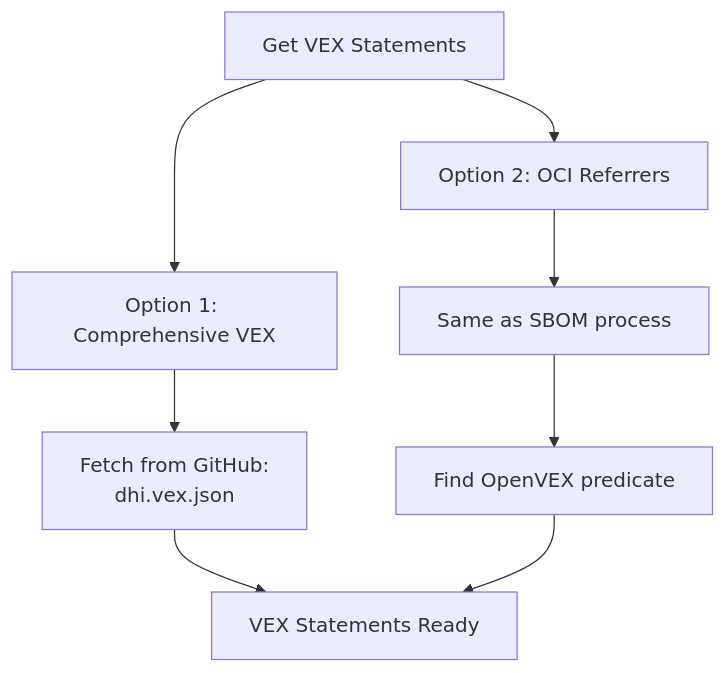
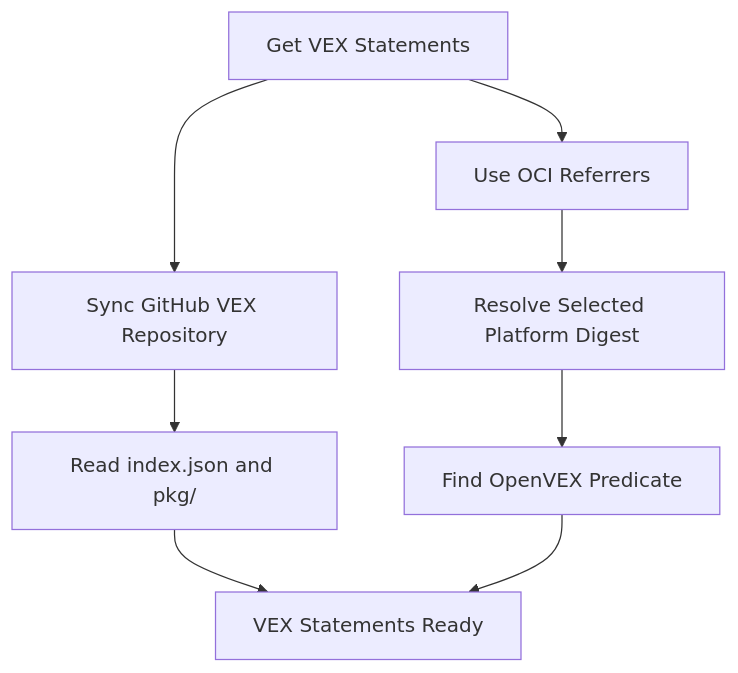
Before and after one commit to docker-hardened-images/advisories: the third of 9 diagrams in integration/current-production/docs/decision-trees.md, drawn with Mermaid. The commit also changed other lines of this file and 2 other files, not shown here.

Commit message:
docs: clarify VEX discovery paths

````diff
--- a/integration/current-production/docs/decision-trees.md
+++ b/integration/current-production/docs/decision-trees.md
@@ -65,13 +65,13 @@
 ```mermaid
 graph TD
-    A[Get VEX Statements] --> B[Option 1: Comprehensive VEX]
-    A --> C[Option 2: OCI Referrers]
-    
-    B --> B1[Fetch from GitHub:<br/>dhi.vex.json]
-    
-    C --> C1[Same as SBOM process]
-    C1 --> C2[Find OpenVEX predicate]
-    
+    A[Get VEX Statements] --> B[Sync GitHub VEX Repository]
+    A --> C[Use OCI Referrers]
+
+    B --> B1[Read index.json and pkg/]
+
+    C --> C1[Resolve Selected Platform Digest]
+    C1 --> C2[Find OpenVEX Predicate]
+
     B1 --> D[VEX Statements Ready]
     C2 --> D
 ```
````
